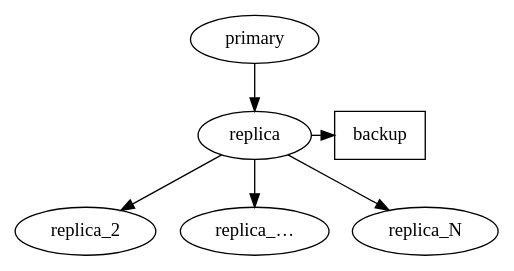
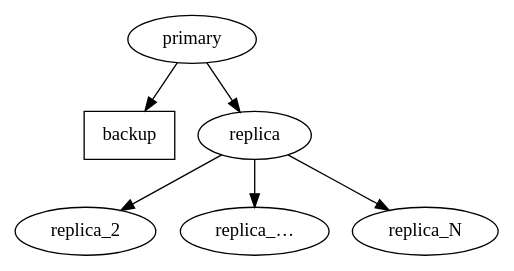
Before and after one commit to EnterpriseDB/tpa: the diagram in docs/images/m1.dot, drawn with Graphviz. The commit also changed 1 other file, not shown here.

```diff
--- a/docs/images/m1.dot
+++ b/docs/images/m1.dot
@@ -1,11 +1,10 @@
 # Copyright © 2ndQuadrant Limited <info@2ndquadrant.com>
 
 digraph M1 {
     backup [shape=box];
-    primary -> replica -> backup;
+    primary -> replica;
+    primary -> backup;
     replica -> replica_2;
     replica -> replica_…;
     replica -> replica_N;
-
-    { rank=same; replica backup }
 }
```
